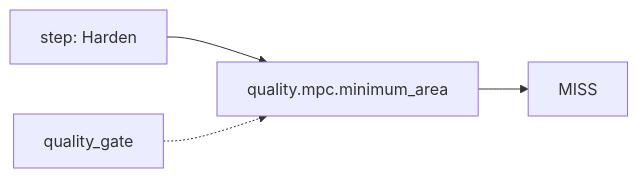
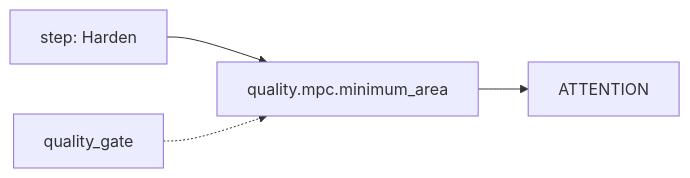
Before and after one commit to openecos-projects/ecc: diagram 17 of 56 in .github/signoff-board/signoff-kanban.md, drawn with Mermaid. The commit also changed other lines of this file and 1 other file, not shown here.

````diff
--- a/.github/signoff-board/signoff-kanban.md
+++ b/.github/signoff-board/signoff-kanban.md
@@ -470,6 +480,6 @@
 ```mermaid
 flowchart LR
   step_quality_mpc_minimum_area["step: Harden"] --> metric_quality_mpc_minimum_area["quality.mpc.minimum_area"]
-  metric_quality_mpc_minimum_area --> state_quality_mpc_minimum_area["MISS"]
+  metric_quality_mpc_minimum_area --> state_quality_mpc_minimum_area["ATTENTION"]
   cat_quality_mpc_minimum_area["quality_gate"] -.-> metric_quality_mpc_minimum_area
 ```
````
